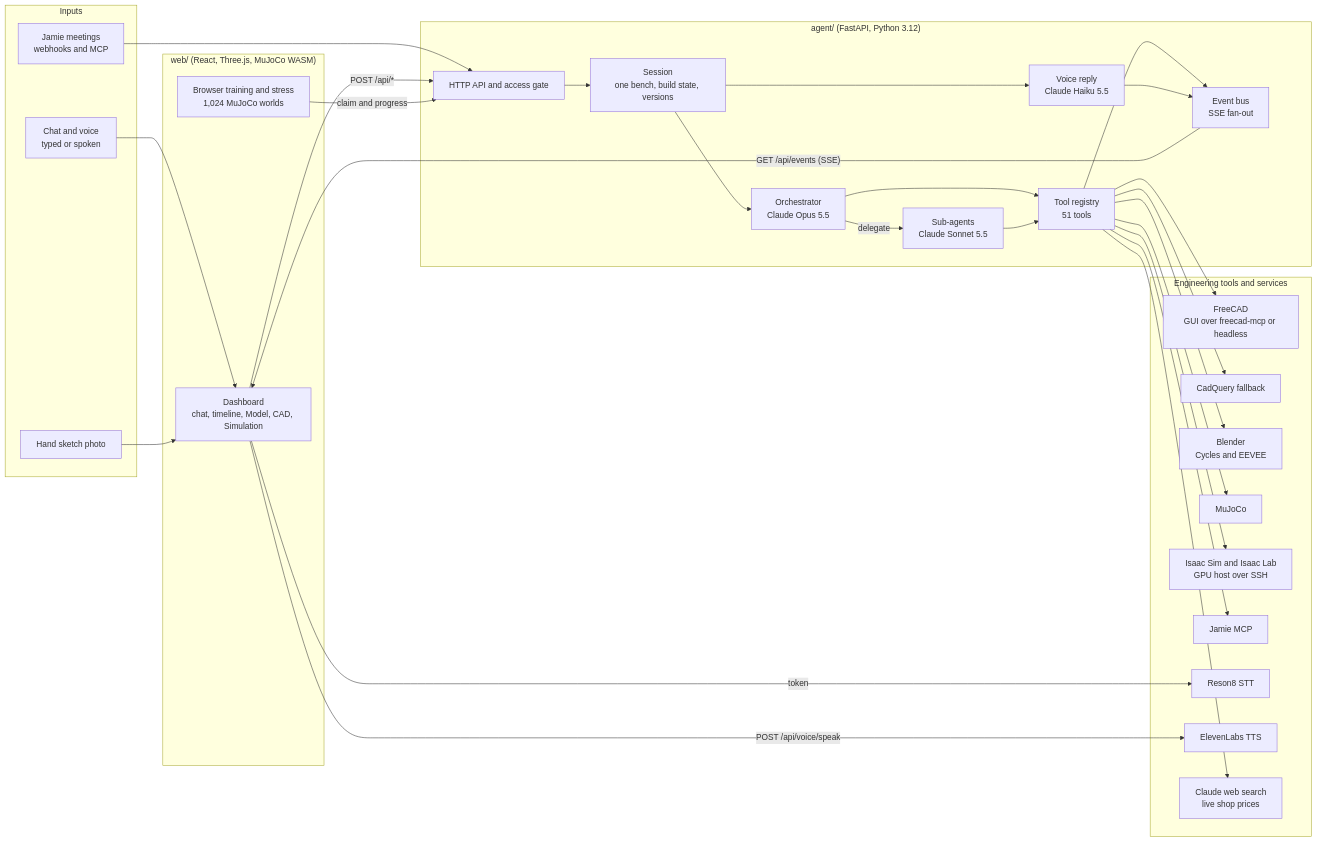
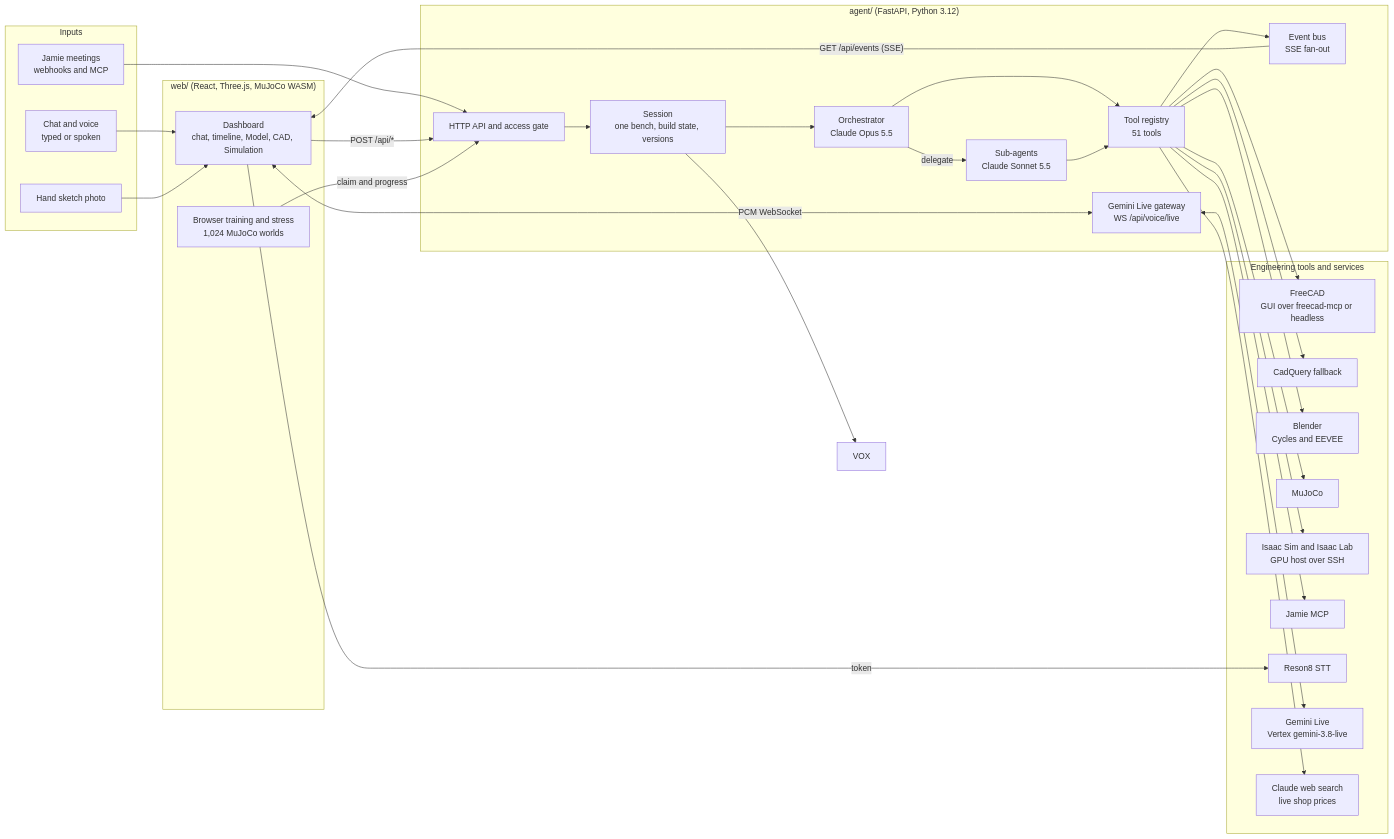
One commit to AnyBuildhackathon/bauplan changed the first of 3 diagrams in docs/ARCHITECTURE.md. Above: the diagram before and after it, drawn with Mermaid. The commit also changed other lines of this file and 27 other files, not shown here.

Commit message:
Gemini Live is Mechanic's only voice: Fenrir on gemini-3.8-live, no narration, clear Talk button

````diff
--- a/docs/ARCHITECTURE.md
+++ b/docs/ARCHITECTURE.md
@@ -9,59 +9,59 @@
 ```mermaid
 flowchart LR
     subgraph Inputs
         U[Chat and voice<br/>typed or spoken]
         S[Hand sketch photo]
         J[Jamie meetings<br/>webhooks and MCP]
     end
 
     subgraph Web["web/ (React, Three.js, MuJoCo WASM)"]
         UI[Dashboard<br/>chat, timeline, Model, CAD, Simulation]
         BT[Browser training and stress<br/>1,024 MuJoCo worlds]
     end
 
     subgraph Backend["agent/ (FastAPI, Python 3.12)"]
         API[HTTP API and access gate]
         SES[Session<br/>one bench, build state, versions]
         ORC[Orchestrator<br/>Claude Opus 5.5]
         SUB[Sub-agents<br/>Claude Sonnet 5.5]
-        VOX[Voice reply<br/>Claude Haiku 5.5]
+        GLV[Gemini Live gateway<br/>WS /api/voice/live]
         REG[Tool registry<br/>51 tools]
         BUS[Event bus<br/>SSE fan-out]
     end
 
     subgraph External["Engineering tools and services"]
         FC[FreeCAD<br/>GUI over freecad-mcp or headless]
         CQ[CadQuery fallback]
         BL[Blender<br/>Cycles and EEVEE]
         MJ[MuJoCo]
         IS[Isaac Sim and Isaac Lab<br/>GPU host over SSH]
         JM[Jamie MCP]
         R8[Reson8 STT]
-        EL[ElevenLabs TTS]
+        GL[Gemini Live<br/>Vertex gemini-3.8-live]
         WS[Claude web search<br/>live shop prices]
     end
 
     U --> UI
     S --> UI
     J --> API
     UI -- "POST /api/*" --> API
     API --> SES
     SES --> ORC
     SES --> VOX
     ORC -- delegate --> SUB
     ORC --> REG
     SUB --> REG
     REG --> FC
     REG --> CQ
     REG --> BL
     REG --> MJ
     REG --> IS
     REG --> JM
     REG --> WS
     REG --> BUS
-    VOX --> BUS
+    GLV <--> GL
     BUS -- "GET /api/events (SSE)" --> UI
     UI -- "token" --> R8
-    UI -- "POST /api/voice/speak" --> EL
+    UI <-- "PCM WebSocket" --> GLV
     BT -- "claim and progress" --> API
 ```
````
